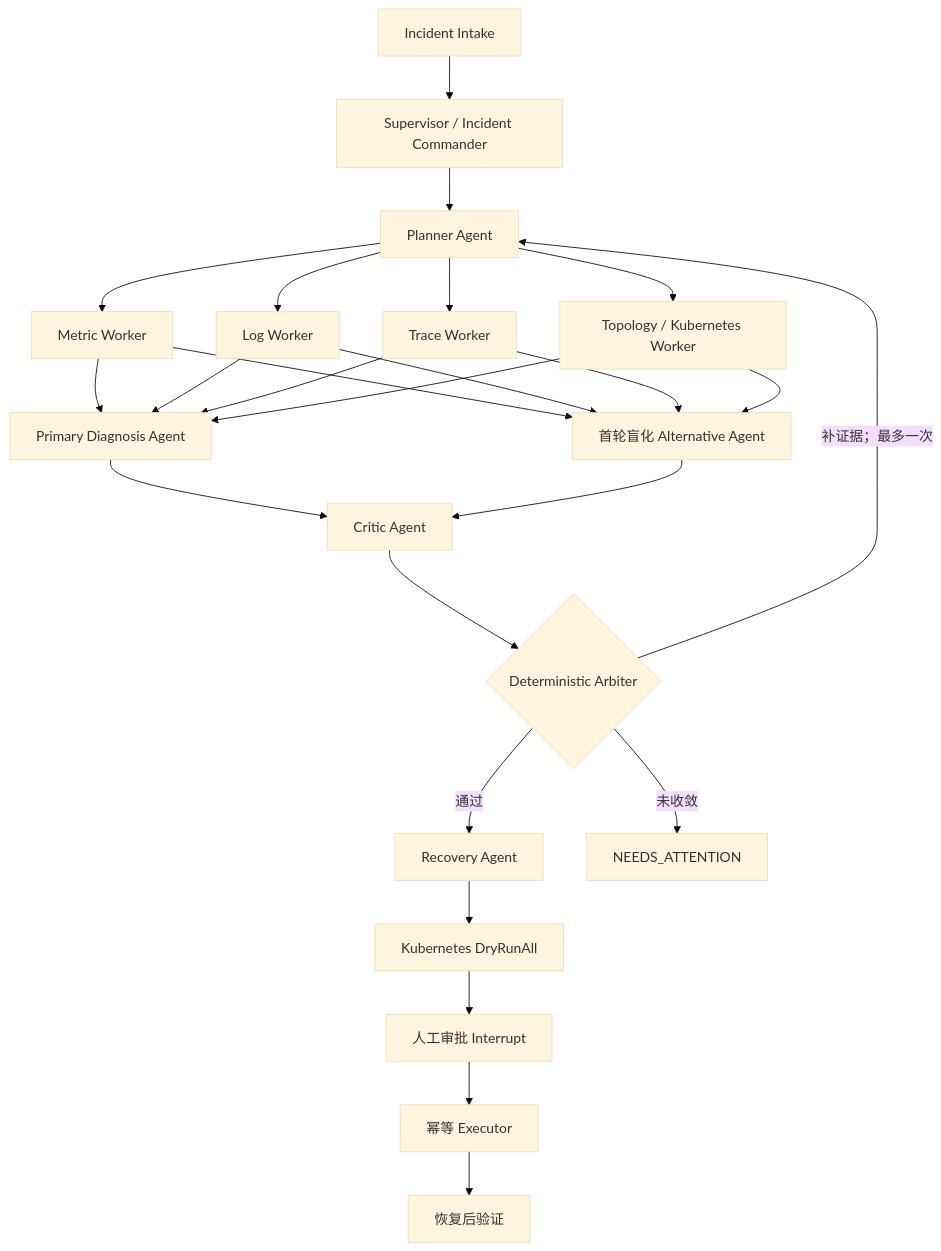
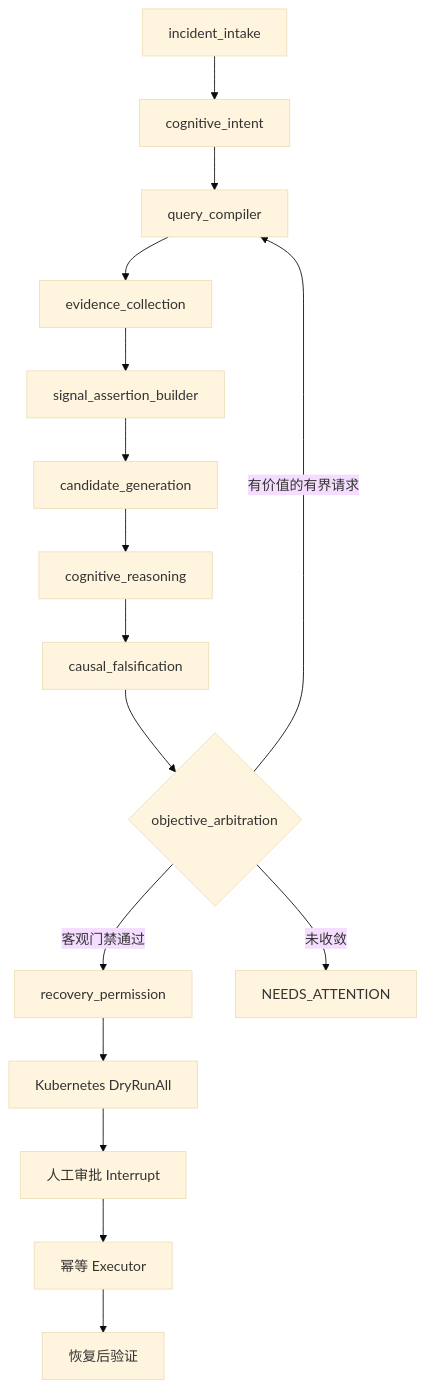
One commit to GongShichen/kubepilot-aiops changed the first of 2 diagrams in README.zh-CN.md. Above: the diagram before and after it, drawn with Mermaid (base theme). The commit also changed other lines of this file and 67 other files, not shown here.

Commit message:
feat: add evidence-grounded cognitive diagnosis runtime

````diff
--- a/README.zh-CN.md
+++ b/README.zh-CN.md
@@ -14,27 +14,18 @@
 ```mermaid
 flowchart TD
-    I["Incident Intake"] --> S["Supervisor / Incident Commander"]
-    S --> P["Planner Agent"]
-    P --> M["Metric Worker"]
-    P --> L["Log Worker"]
-    P --> T["Trace Worker"]
-    P --> K["Topology / Kubernetes Worker"]
-    M --> D["Primary Diagnosis Agent"]
-    L --> D
-    T --> D
-    K --> D
-    M --> A["首轮盲化 Alternative Agent"]
-    L --> A
-    T --> A
-    K --> A
-    D --> C["Critic Agent"]
-    A --> C
-    C --> R{"Deterministic Arbiter"}
-    R -->|"通过"| REC["Recovery Agent"]
-    R -->|"补证据；最多一次"| P
-    R -->|"未收敛"| H["NEEDS_ATTENTION"]
-    REC --> DR["Kubernetes DryRunAll"]
+    I["incident_intake"] --> CI["cognitive_intent"]
+    CI --> QC["query_compiler"]
+    QC --> EC["evidence_collection"]
+    EC --> SA["signal_assertion_builder"]
+    SA --> CG["candidate_generation"]
+    CG --> CR["cognitive_reasoning"]
+    CR --> CF["causal_falsification"]
+    CF --> OA{"objective_arbitration"}
+    OA -->|"有价值的有界请求"| QC
+    OA -->|"客观门禁通过"| RP["recovery_permission"]
+    OA -->|"未收敛"| H["NEEDS_ATTENTION"]
+    RP --> DR["Kubernetes DryRunAll"]
     DR --> AP["人工审批 Interrupt"]
     AP --> EX["幂等 Executor"]
     EX --> V["恢复后验证"]
 ```
````
